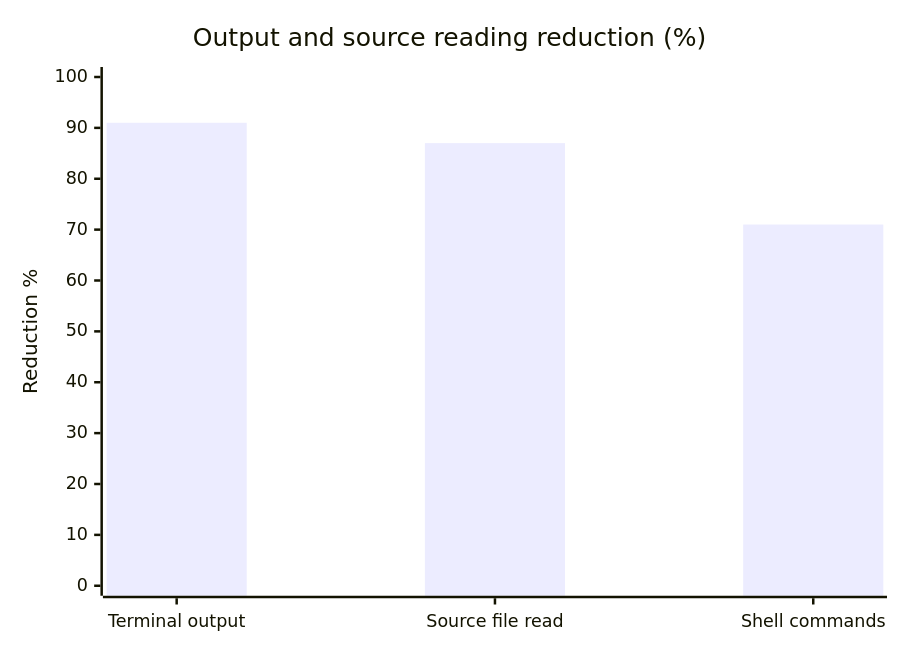
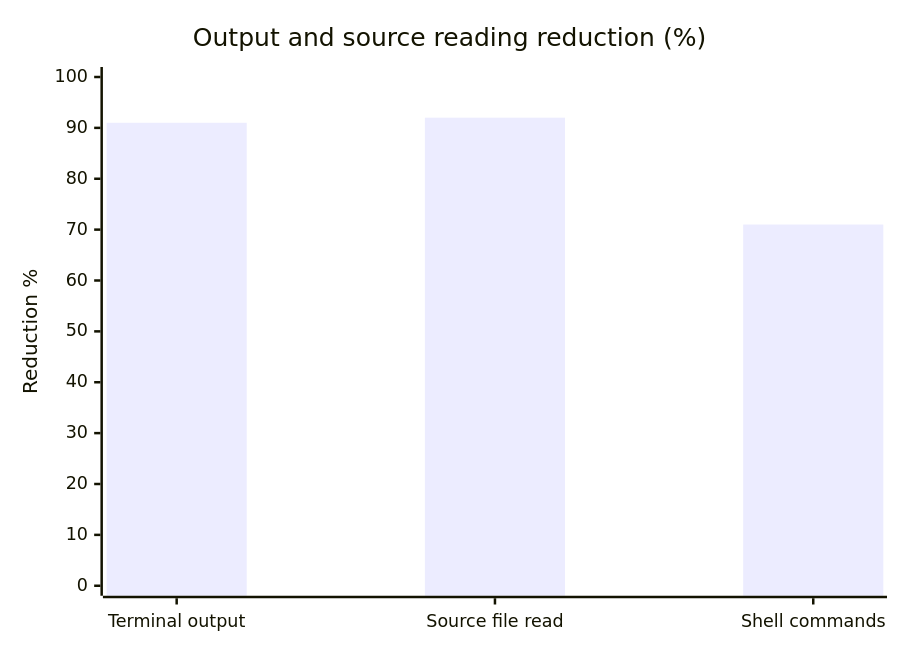
The first of 2 diagrams in benchmark-results/benchmark.md (grafikerdem/agent-context-economy), drawn with Mermaid before and after one commit. The commit also changed other lines of this file and 14 other files, not shown here.

````diff
--- a/benchmark-results/benchmark.md
+++ b/benchmark-results/benchmark.md
@@ -39,7 +39,7 @@
 ```mermaid
 xychart-beta
     title "Output and source reading reduction (%)"
     x-axis ["Terminal output", "Source file read", "Shell commands"]
     y-axis "Reduction %" 0 --> 100
-    bar [91, 87, 71]
+    bar [91, 92, 71]
 ```
````
